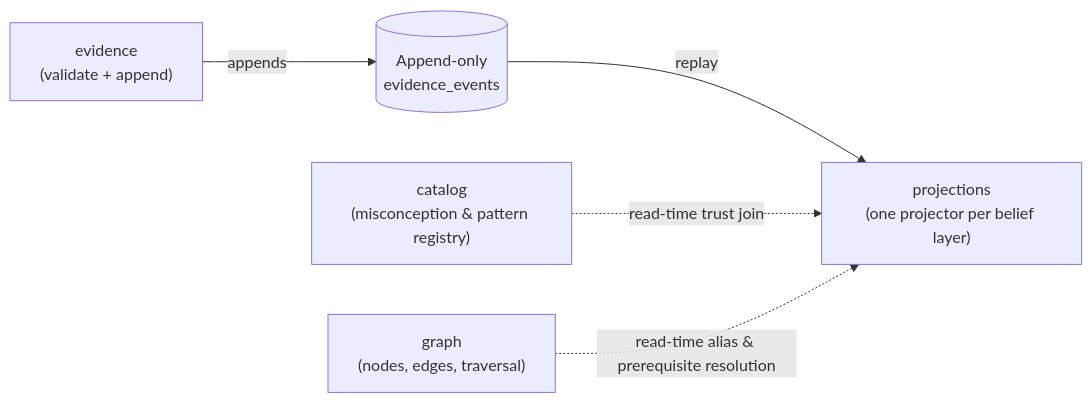
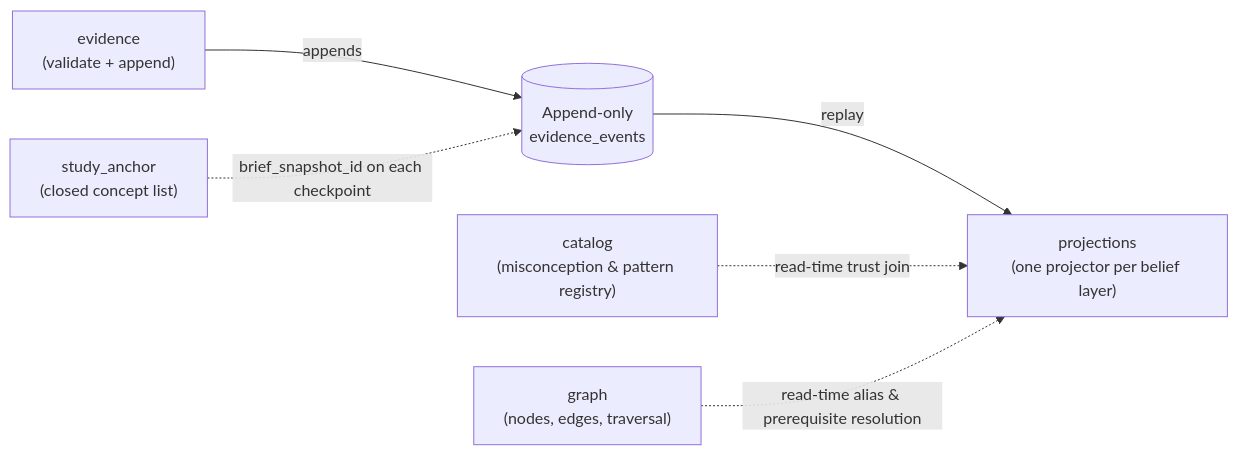
Before and after one commit to stemolly/wiki: the diagram in src/content/docs/engine/engine-impl/index.md, drawn with Mermaid. The commit also changed other lines of this file and 21 other files, not shown here.

````diff
--- a/src/content/docs/engine/engine-impl/index.md
+++ b/src/content/docs/engine/engine-impl/index.md
@@ -18,7 +19,8 @@
 ```mermaid
 flowchart LR
     Evidence["evidence<br/>(validate + append)"] -->|"appends"| Log[("Append-only<br/>evidence_events")]
     Log -->|"replay"| Projections["projections<br/>(one projector per belief layer)"]
     Catalog["catalog<br/>(misconception & pattern registry)"] -.->|"read-time trust join"| Projections
     Graph["graph<br/>(nodes, edges, traversal)"] -.->|"read-time alias & prerequisite resolution"| Projections
+    Anchor["study_anchor<br/>(closed concept list)"] -.->|"brief_snapshot_id on each checkpoint"| Log
 ```
````
